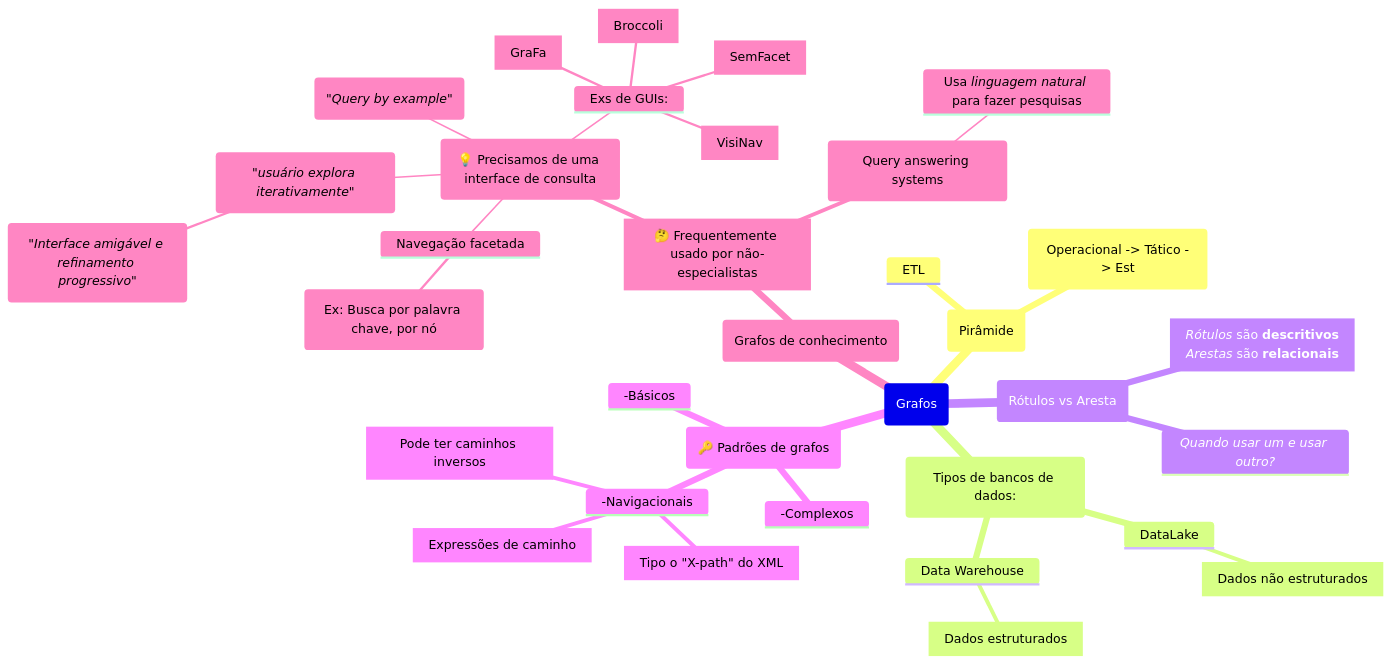
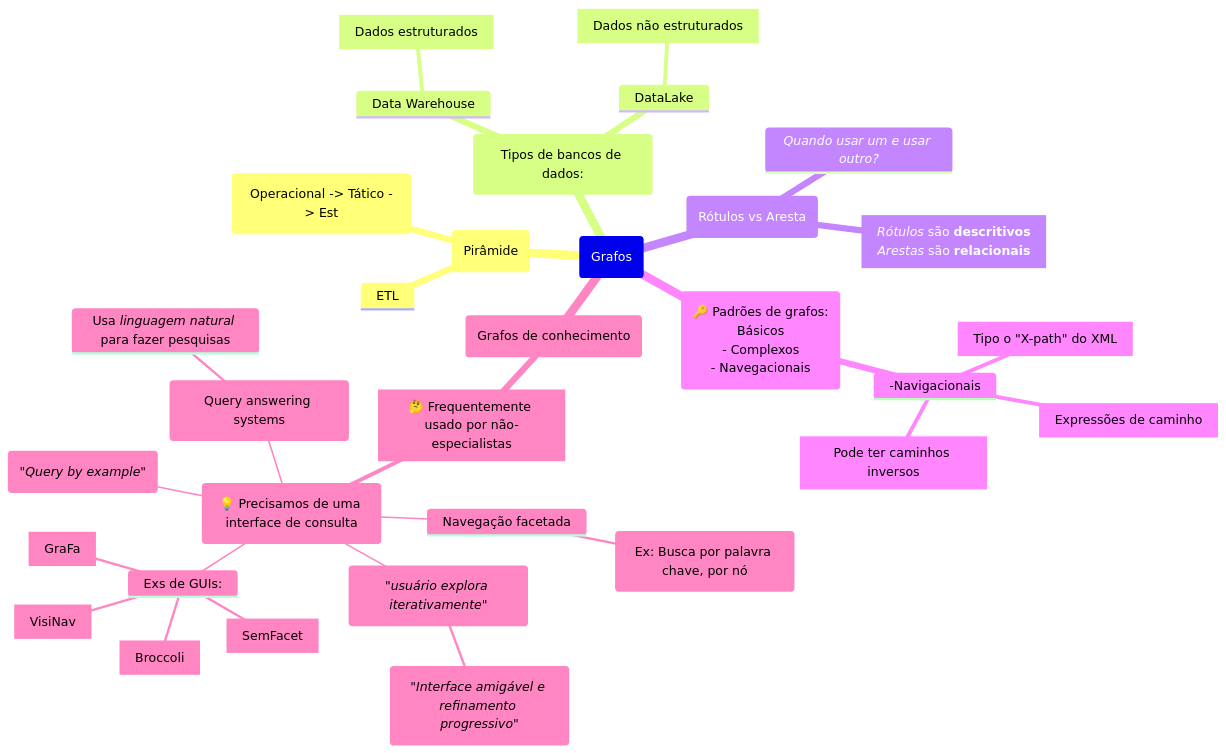
One commit to Igorino/joplin-notes changed the diagram in Mestrado/Segundo Semestre/SIN5033 - Grafos de conhecimento e Ontologias/Anotações/De Aulas/Aula do dia 2026 04 08.md. Above: the diagram before and after it, drawn with Mermaid.

Commit message:
Exported on 2026-04-08_16-16-51

````diff
--- a/Mestrado/Segundo Semestre/SIN5033 - Grafos de conhecimento e Ontologias/Anotações/De Aulas/Aula do dia 2026 04 08.md
+++ b/Mestrado/Segundo Semestre/SIN5033 - Grafos de conhecimento e Ontologias/Anotações/De Aulas/Aula do dia 2026 04 08.md
@@ -1,44 +1,46 @@
 ```mermaid
 mindmap
 	Root(Grafos)
 		(Pirâmide)
 			("Operacional -> Tático -> Est")
 			ETL
 
 		(Tipos de bancos de dados:)		
 			DataLake
 				[Dados não estruturados]
 			Data Warehouse
 				[Dados estruturados]
 
 		(Rótulos vs Aresta)
 			*Quando usar um e usar outro?*
 			[*Rótulos* são **descritivos**
 			*Arestas* são **relacionais**]
 
-		(🔑 Padrões de grafos)
-			-Básicos
-			-Complexos
+		(🔑 Padrões de grafos:
+		 Básicos
+		- Complexos
+		- Navegacionais)
+			
 			-Navigacionais
 				[Tipo o "X-path" do XML]
 				["Expressões de caminho"]
 				[Pode ter caminhos inversos]
 
 		(Grafos de conhecimento)
 			[🤔 Frequentemente usado por não-especialistas]
 				(💡 Precisamos de uma interface de consulta)
 					Navegação facetada
 						(Ex: Busca por palavra chave, por nó)
 					(*"usuário explora iterativamente"*) 
 						(*"Interface amigável e refinamento progressivo"*)
 					(*"Query by example"*)
 					Exs de GUIs:
 						[Broccoli]
 						[VisiNav]
 						[SemFacet]
 						[GraFa]
-				(Query answering systems)
-					Usa *linguagem natural* para fazer pesquisas
+					(Query answering systems)
+						Usa *linguagem natural* para fazer pesquisas
 
 			
 ```
````
